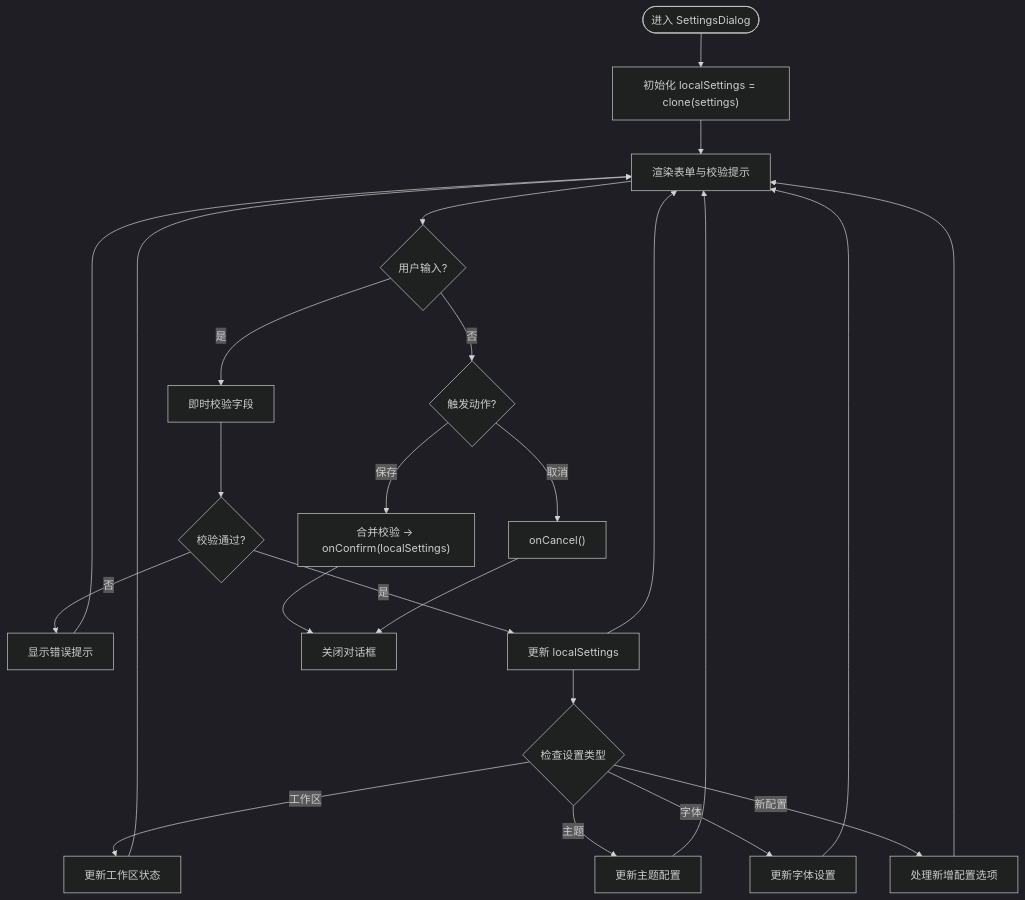
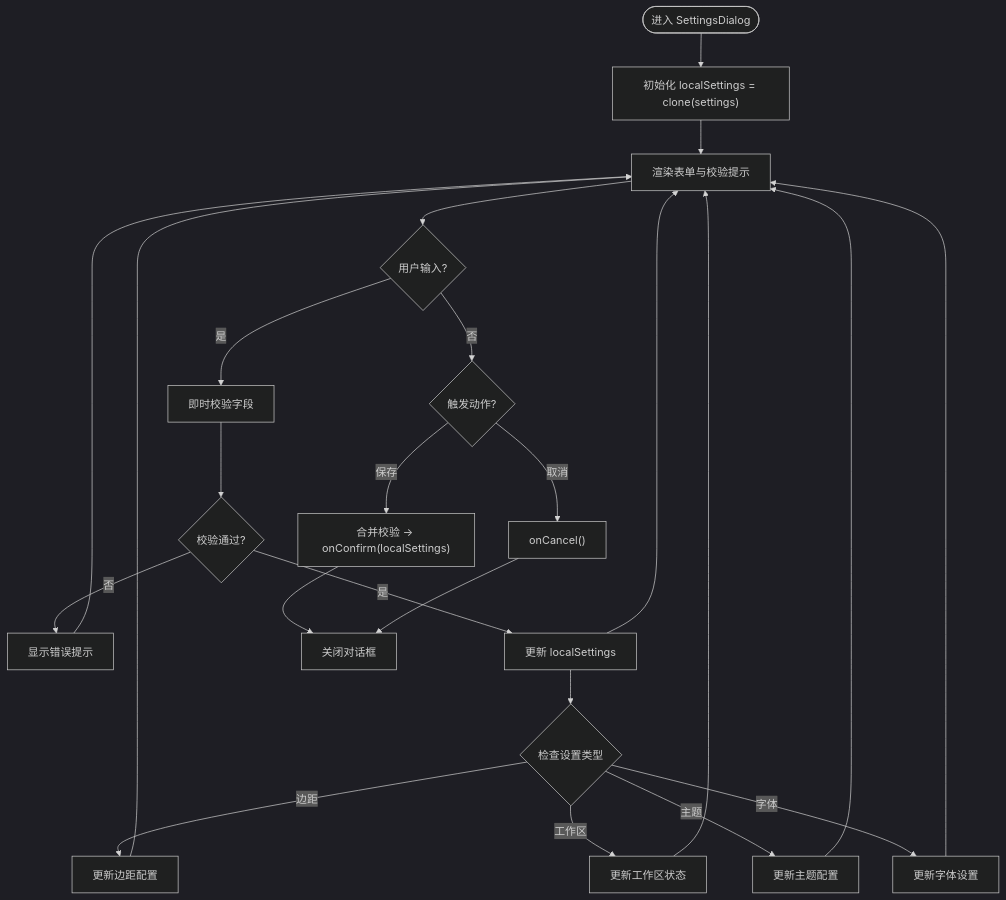
One commit to gongshiyun/ZenNote changed the third of 4 diagrams in .qoder/repowiki/zh/content/对话框系统.md. Above: the diagram before and after it, drawn with Mermaid (dark theme). The commit also changed other lines of this file and 30 other files, not shown here.

````diff
--- a/.qoder/repowiki/zh/content/对话框系统.md
+++ b/.qoder/repowiki/zh/content/对话框系统.md
@@ -203,26 +187,26 @@
 ```mermaid
 flowchart TD
 Start(["进入 SettingsDialog"]) --> Init["初始化 localSettings = clone(settings)"]
 Init --> Render["渲染表单与校验提示"]
 Render --> Input{"用户输入?"}
 Input --> |是| Validate["即时校验字段"]
 Validate --> Valid{"校验通过?"}
 Valid --> |否| ShowError["显示错误提示"]
 Valid --> |是| UpdateLocal["更新 localSettings"]
 UpdateLocal --> CheckType{"检查设置类型"}
+CheckType --> |边距| UpdateMargin["更新边距配置"]
 CheckType --> |工作区| UpdateWorkspace["更新工作区状态"]
 CheckType --> |主题| UpdateTheme["更新主题配置"]
 CheckType --> |字体| UpdateFont["更新字体设置"]
-CheckType --> |新配置| UpdateNewConfig["处理新增配置选项"]
+UpdateMargin --> Render
 UpdateWorkspace --> Render
 UpdateTheme --> Render
 UpdateFont --> Render
-UpdateNewConfig --> Render
 UpdateLocal --> Render
 Input --> |否| Action{"触发动作?"}
 Action --> |保存| Confirm["合并校验 -> onConfirm(localSettings)"]
 Action --> |取消| Cancel["onCancel()"]
 Confirm --> Close["关闭对话框"]
 Cancel --> Close
 ShowError --> Render
 ```
````
